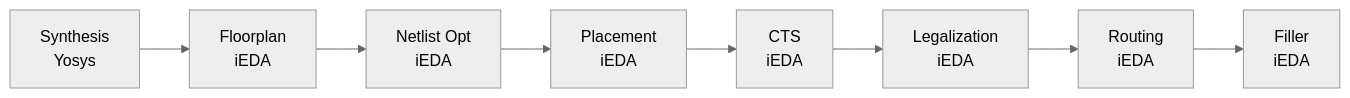
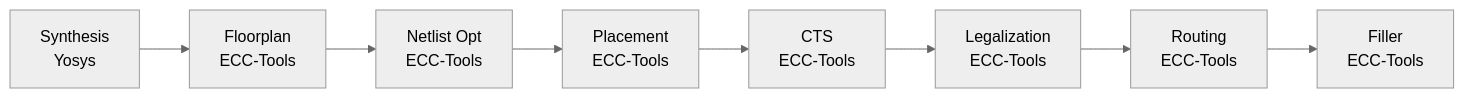
Before and after one commit to openecos-projects/ecc: the diagram in docs/examples/gcd/README.cn.md, drawn with Mermaid (neutral theme). The commit also changed other lines of this file and 3 other files, not shown here.

Commit message:
docs(gcd): add filelist examples and rename to ecc-tools

````diff
--- a/docs/examples/gcd/README.cn.md
+++ b/docs/examples/gcd/README.cn.md
@@ -122,10 +122,10 @@
 ```mermaid
 graph LR
-    A[Synthesis<br/>Yosys] --> B[Floorplan<br/>iEDA]
-    B --> C[Netlist Opt<br/>iEDA]
-    C --> D[Placement<br/>iEDA]
-    D --> E[CTS<br/>iEDA]
-    E --> F[Legalization<br/>iEDA]
-    F --> G[Routing<br/>iEDA]
-    G --> H[Filler<br/>iEDA]
+    A[Synthesis<br/>Yosys] --> B[Floorplan<br/>ECC-Tools]
+    B --> C[Netlist Opt<br/>ECC-Tools]
+    C --> D[Placement<br/>ECC-Tools]
+    D --> E[CTS<br/>ECC-Tools]
+    E --> F[Legalization<br/>ECC-Tools]
+    F --> G[Routing<br/>ECC-Tools]
+    G --> H[Filler<br/>ECC-Tools]
 ```
````
